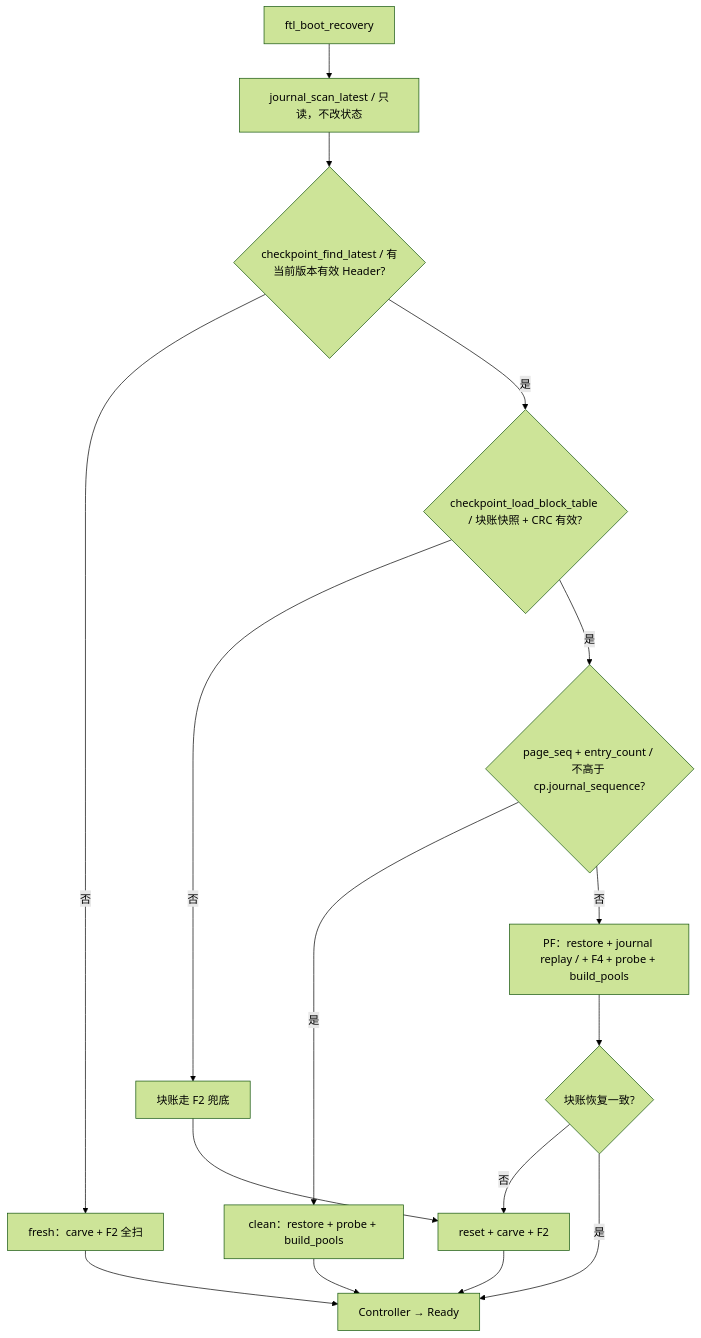
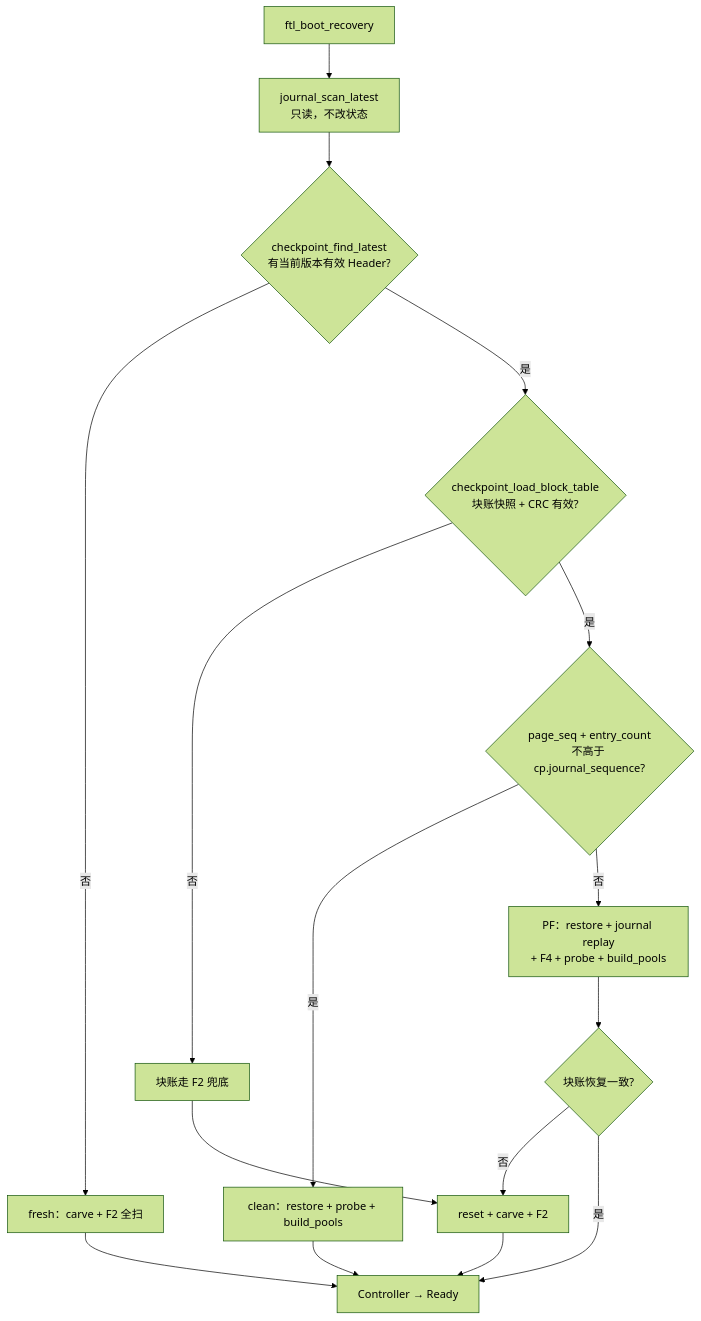
The second of 28 diagrams in docs/design/ftl_design.md (YzYMIAO/BASESSD), drawn with Mermaid (forest theme) before and after one commit. The commit also changed other lines of this file, not shown here.

First line of the commit message:
docs(ftl): 恢复 <br/>、清理 stateDiagram 标签

````diff
--- a/docs/design/ftl_design.md
+++ b/docs/design/ftl_design.md
@@ -577,18 +577,18 @@
 ```mermaid
 flowchart TD
-    BOOT["ftl_boot_recovery"] --> LATEST["journal_scan_latest / 只读，不改状态"]
-    LATEST --> FIND{"checkpoint_find_latest / 有当前版本有效 Header?"}
+    BOOT["ftl_boot_recovery"] --> LATEST["journal_scan_latest<br/>只读，不改状态"]
+    LATEST --> FIND{"checkpoint_find_latest<br/>有当前版本有效 Header?"}
     FIND -- "否" --> FRESH["fresh：carve + F2 全扫"]
-    FIND -- "是" --> LOAD{"checkpoint_load_block_table / 块账快照 + CRC 有效?"}
+    FIND -- "是" --> LOAD{"checkpoint_load_block_table<br/>块账快照 + CRC 有效?"}
     LOAD -- "否" --> PFALL["块账走 F2 兜底"]
-    LOAD -- "是" --> JUDGE{"page_seq + entry_count / 不高于 cp.journal_sequence?"}
+    LOAD -- "是" --> JUDGE{"page_seq + entry_count<br/>不高于 cp.journal_sequence?"}
     JUDGE -- "是" --> CLEAN["clean：restore + probe + build_pools"]
-    JUDGE -- "否" --> PF["PF：restore + journal replay / + F4 + probe + build_pools"]
+    JUDGE -- "否" --> PF["PF：restore + journal replay<br/>+ F4 + probe + build_pools"]
     PFALL --> F2["reset + carve + F2"]
     PF --> PFOk{"块账恢复一致?"}
     PFOk -- "否" --> F2
     PFOk -- "是" --> READY["Controller → Ready"]
     CLEAN --> READY
     FRESH --> READY
     F2 --> READY
 ```
````
